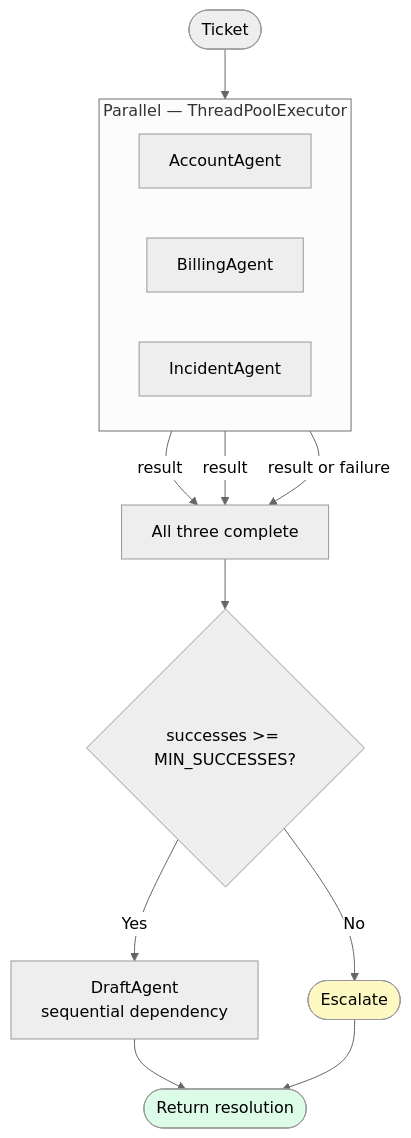
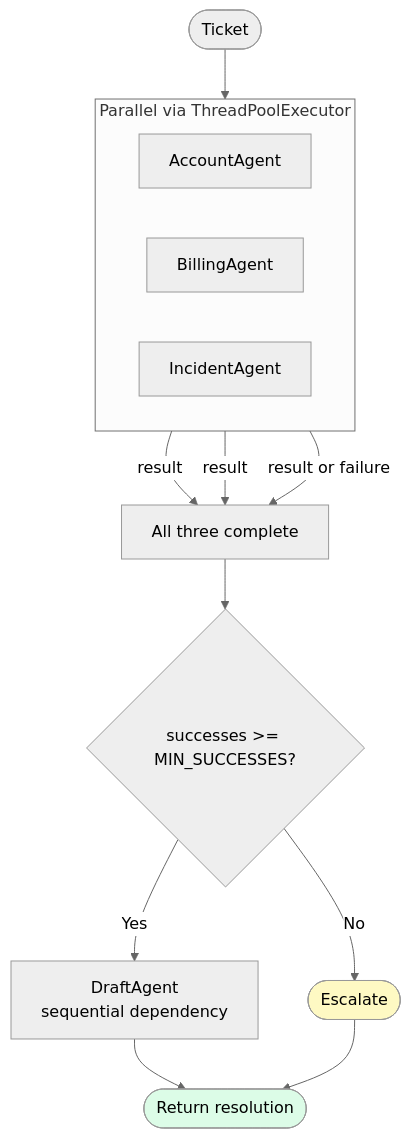
Before and after one commit to wb-platform-engineering-lab/anthropic-certified-architect-lab: the fourth of 7 diagrams in labs/week-3-agentic-architecture-part2/README.md, drawn with Mermaid (neutral theme). The commit also changed other lines of this file, not shown here.

First line of the commit message:
Fix Week 3 flowchart diagrams for correct rendering

````diff
--- a/labs/week-3-agentic-architecture-part2/README.md
+++ b/labs/week-3-agentic-architecture-part2/README.md
@@ -402,25 +402,25 @@
 ```mermaid
 flowchart TD
     Start([Ticket]) --> P
 
-    subgraph P ["Parallel — ThreadPoolExecutor"]
+    subgraph P ["Parallel via ThreadPoolExecutor"]
         direction LR
         PA[AccountAgent]
         PB[BillingAgent]
         PC[IncidentAgent]
     end
 
     PA -->|result| Wait[All three complete]
     PB -->|result| Wait
     PC -->|result or failure| Wait
 
-    Wait --> Decision{successes >= MIN_SUCCESSES?}
+    Wait --> Decision{"successes >= MIN_SUCCESSES?"}
     Decision -->|Yes| Draft[DraftAgent\nsequential dependency]
     Decision -->|No| Escalate([Escalate])
 
     Draft --> Done([Return resolution])
     Escalate --> Done
 
     style Done fill:#dcfce7
     style Escalate fill:#fef9c3
 ```
````
